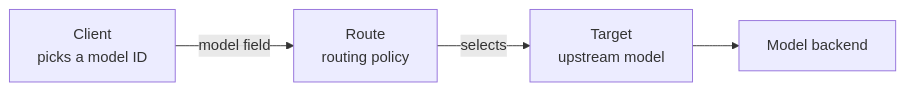
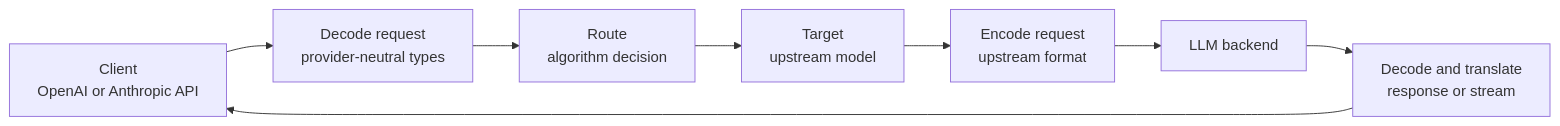
Before and after one commit to Cenrax/Switchyard: the diagram in docs/core_concepts.md, drawn with Mermaid. The commit also changed other lines of this file and 18 other files, not shown here.

````diff
--- a/docs/core_concepts.md
+++ b/docs/core_concepts.md
@@ -14,11 +30,13 @@
 ```mermaid
 flowchart LR
-    client["Client<br/>picks a model ID"]
-    route["Route<br/>routing policy"]
+    client["Client<br/>OpenAI or Anthropic API"]
+    request["Decode request<br/>provider-neutral types"]
+    route["Route<br/>algorithm decision"]
     target["Target<br/>upstream model"]
-    backend["Model backend"]
+    upstream["Encode request<br/>upstream format"]
+    backend["LLM backend"]
+    response["Decode and translate<br/>response or stream"]
 
-    client -->|"model field"| route
-    route -->|"selects"| target
-    target --> backend
+    client --> request --> route --> target --> upstream --> backend
+    backend --> response --> client
 ```
````
